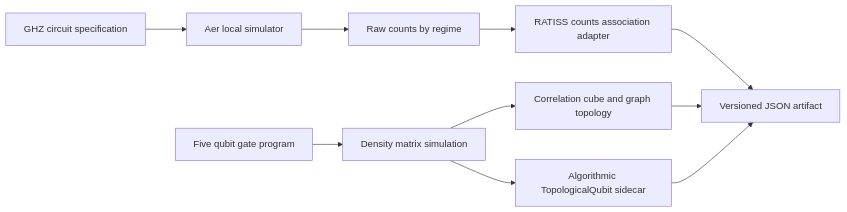
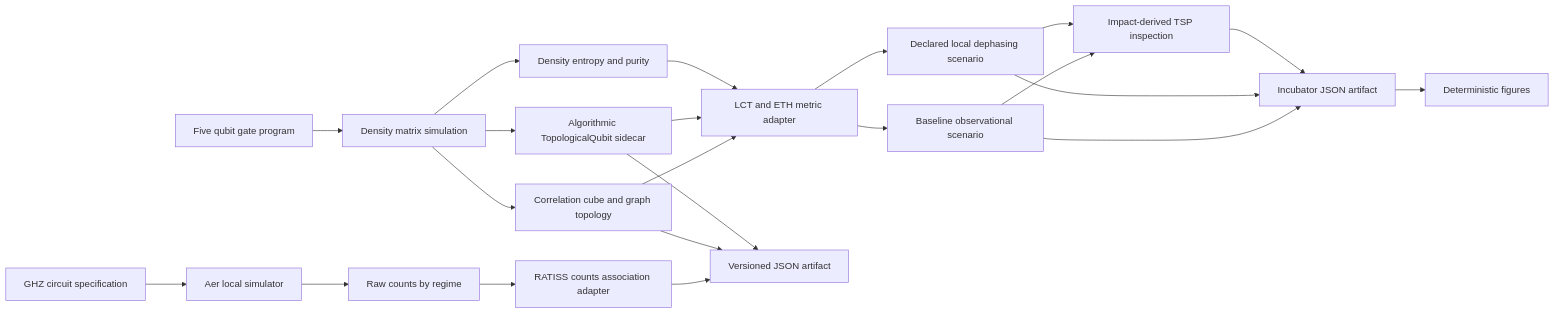
The diagram in docs/ARCHITECTURE.md (samajonathan9-source/QPU-Ratiss-COSMOS), drawn with Mermaid before and after one commit. The commit also changed other lines of this file and 15 other files, not shown here.

Commit message:
feat: add LCT ETH topological incubator experiment

````diff
--- a/docs/ARCHITECTURE.md
+++ b/docs/ARCHITECTURE.md
@@ -3,12 +3,24 @@
 ```mermaid
 flowchart LR
   A[GHZ circuit specification] --> B[Aer local simulator]
   B --> C[Raw counts by regime]
   C --> D[RATISS counts association adapter]
   E[Five qubit gate program] --> F[Density matrix simulation]
   F --> G[Correlation cube and graph topology]
   F --> H[Algorithmic TopologicalQubit sidecar]
+  F --> J[Density entropy and purity]
+  G --> K[LCT and ETH metric adapter]
+  H --> K
+  J --> K
+  K --> L[Baseline observational scenario]
+  K --> M[Declared local dephasing scenario]
+  L --> N[Impact-derived TSP inspection]
+  M --> N
   D --> I[Versioned JSON artifact]
   G --> I
   H --> I
+  L --> O[Incubator JSON artifact]
+  M --> O
+  N --> O
+  O --> P[Deterministic figures]
 ```
````
